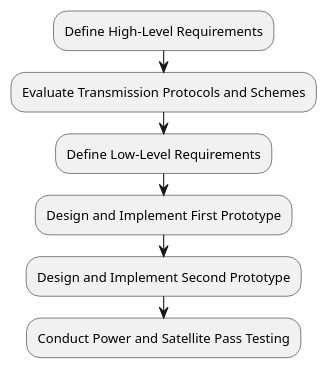
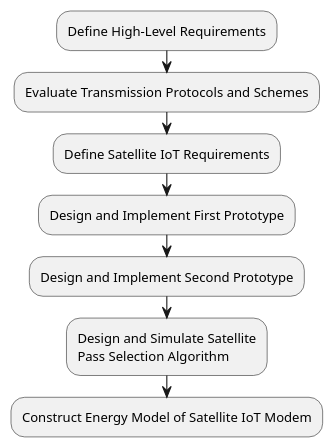
Before and after one commit to garrettkinman/MSc-Thesis-Diagrams: the diagram in researchApproach.wsd, drawn with PlantUML. The commit also changed 1 other file, not shown here.

```diff
--- a/researchApproach.wsd
+++ b/researchApproach.wsd
@@ -1,8 +1,9 @@
 @startuml
 :Define High-Level Requirements;
 :Evaluate Transmission Protocols and Schemes;
-:Define Low-Level Requirements;
+:Define Satellite IoT Requirements;
 :Design and Implement First Prototype;
 :Design and Implement Second Prototype;
-:Conduct Power and Satellite Pass Testing;
+:Design and Simulate Satellite\nPass Selection Algorithm;
+:Construct Energy Model of Satellite IoT Modem;
 @enduml
```
